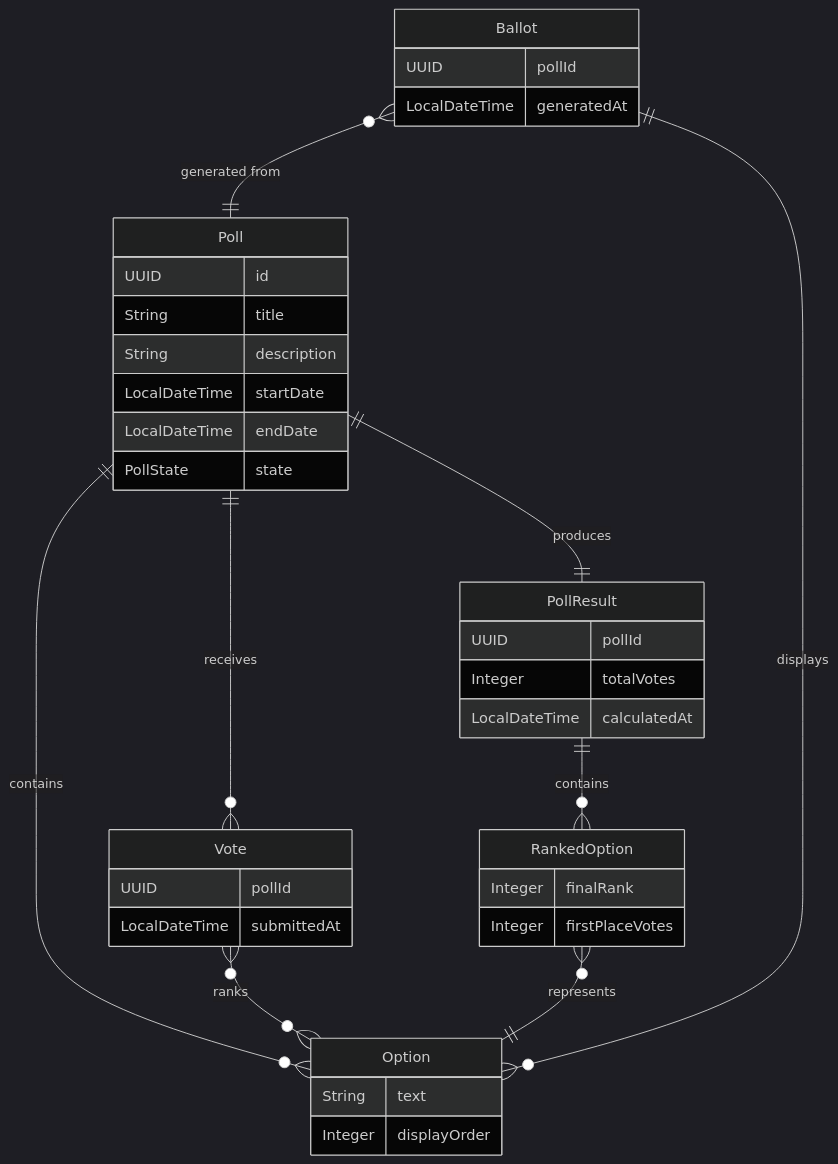
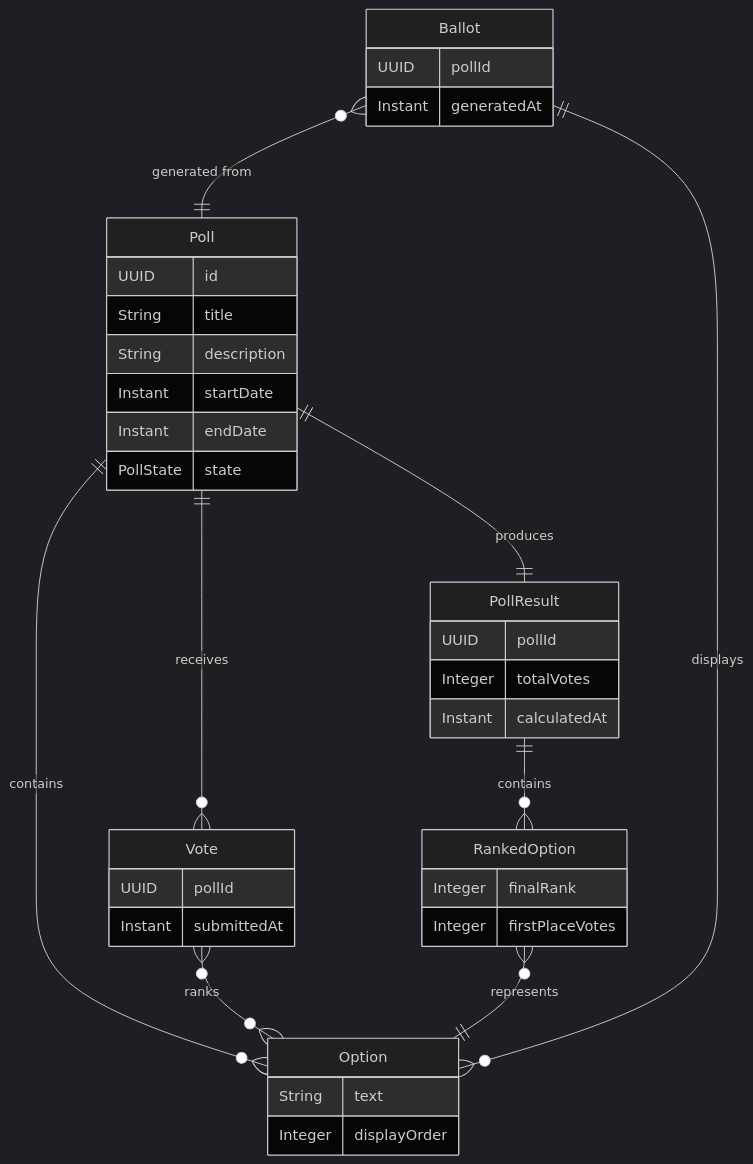
Before and after one commit to Tonypsilon/rankify-api: the diagram in businessModel.md, drawn with Mermaid (dark theme). The commit also changed other lines of this file and 11 other files, not shown here.

Commit message:
Replace LocalDateTime with Instant in all code and tests

````diff
--- a/businessModel.md
+++ b/businessModel.md
@@ -137,46 +137,46 @@
 ```mermaid
 erDiagram
     Poll {
         UUID id
         String title
         String description
-        LocalDateTime startDate
-        LocalDateTime endDate
+        Instant startDate
+        Instant endDate
         PollState state
     }
     
     Option {
         String text
         Integer displayOrder
     }
     
     Ballot {
         UUID pollId
-        LocalDateTime generatedAt
+        Instant generatedAt
     }
     
     Vote {
         UUID pollId
-        LocalDateTime submittedAt
+        Instant submittedAt
     }
     
     PollResult {
         UUID pollId
         Integer totalVotes
-        LocalDateTime calculatedAt
+        Instant calculatedAt
     }
     
     RankedOption {
         Integer finalRank
         Integer firstPlaceVotes
     }
     
     Poll ||--o{ Option : "contains"
     Poll ||--o{ Vote : "receives"
     Poll ||--|| PollResult : "produces"
     Ballot }o--|| Poll : "generated from"
     Ballot ||--o{ Option : "displays"
     Vote }o--o{ Option : "ranks"
     PollResult ||--o{ RankedOption : "contains"
     RankedOption }o--|| Option : "represents"
 ```
````
